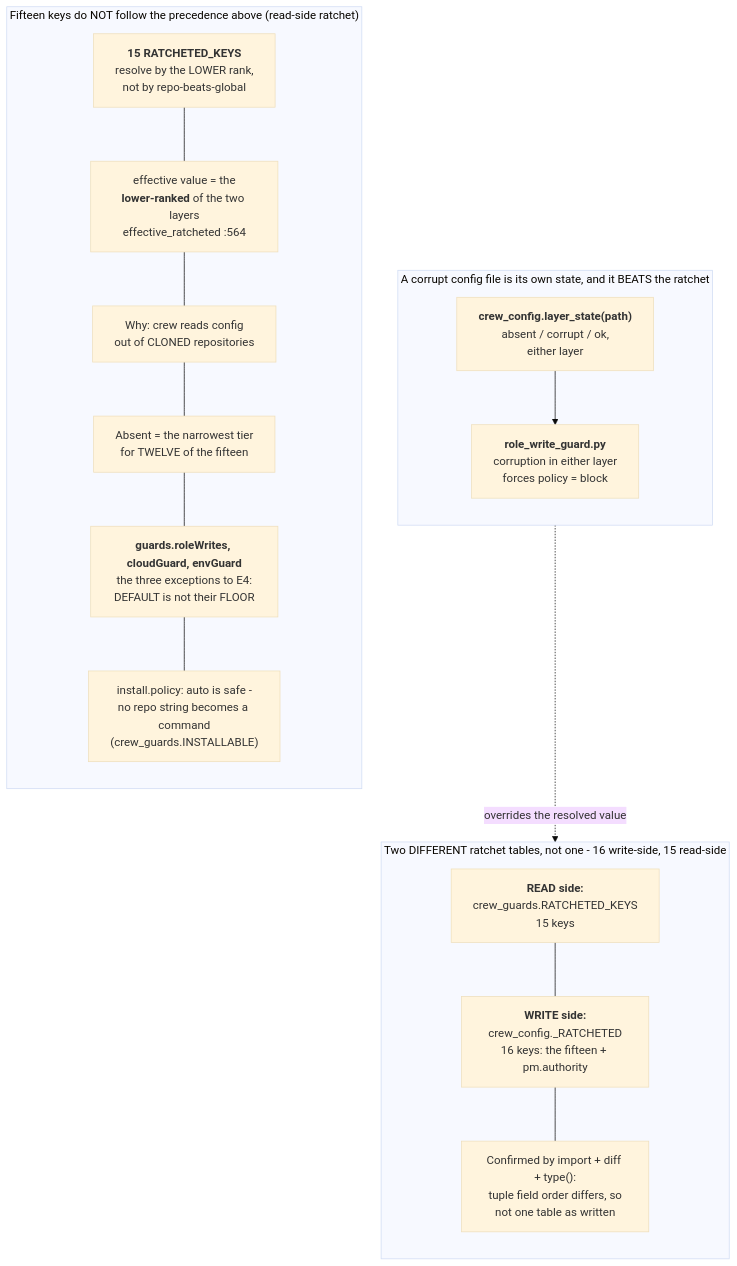
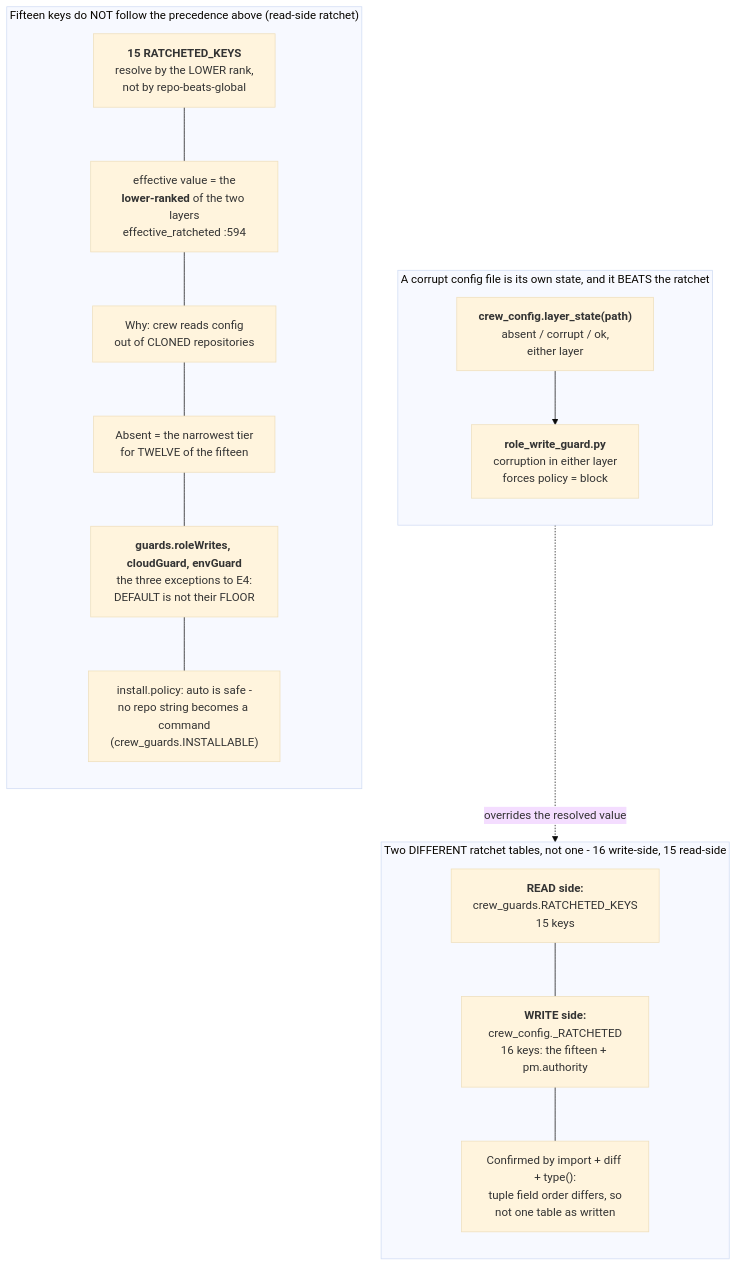
The fifth of 38 diagrams in docs/diagrams/README.md (mbadali25/useful-claude-add-ons), drawn with Mermaid (base theme) before and after one commit. The commit also changed other lines of this file and 9 other files, not shown here.

Commit message:
L-0789: re-anchor data-flow-crew-config and its ratchet part to a792ce66b - crew 1.2.48

````diff
--- a/docs/diagrams/README.md
+++ b/docs/diagrams/README.md
@@ -241,28 +241,28 @@
 ```mermaid
 flowchart TB
 
     subgraph Ratchet["Two DIFFERENT ratchet tables, not one - 16 write-side, 15 read-side"]
         direction TB
         RG["<b>READ side:</b><br/>crew_guards.RATCHETED_KEYS<br/>15 keys"]
         RC["<b>WRITE side:</b><br/>crew_config._RATCHETED<br/>16 keys: the fifteen + pm.authority"]
         RSHAPE["Confirmed by import + diff + type():<br/>tuple field order differs, so<br/>not one table as written"]
         RG --- RC --- RSHAPE
     end
     subgraph Corrupt["A corrupt config file is its own state, and it BEATS the ratchet"]
         direction TB
         LS["<b>crew_config.layer_state(path)</b><br/>absent / corrupt / ok,<br/>either layer"]
         FORCE["<b>role_write_guard.py</b><br/>corruption in either layer<br/>forces policy = block"]
         LS --> FORCE
     end
     FORCE -.->|"overrides the resolved value"| Ratchet
     subgraph Except["Fifteen keys do NOT follow the precedence above (read-side ratchet)"]
         direction TB
         E1["<b>15 RATCHETED_KEYS</b><br/>resolve by the LOWER rank,<br/>not by repo-beats-global"]
-        E2["effective value = the<br/><b>lower-ranked</b> of the two layers<br/>effective_ratcheted :564"]
+        E2["effective value = the<br/><b>lower-ranked</b> of the two layers<br/>effective_ratcheted :594"]
         E3["Why: crew reads config<br/>out of CLONED repositories"]
         E4["Absent = the narrowest tier<br/>for TWELVE of the fifteen"]
         E5["<b>guards.roleWrites, cloudGuard, envGuard</b><br/>the three exceptions to E4:<br/>DEFAULT is not their FLOOR"]
         E6["install.policy: auto is safe -<br/>no repo string becomes a command<br/>(crew_guards.INSTALLABLE)"]
         E1 --- E2 --- E3 --- E4 --- E5 --- E6
     end
 ```
````
